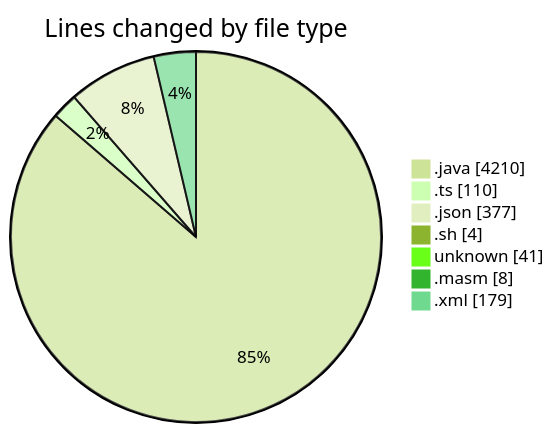
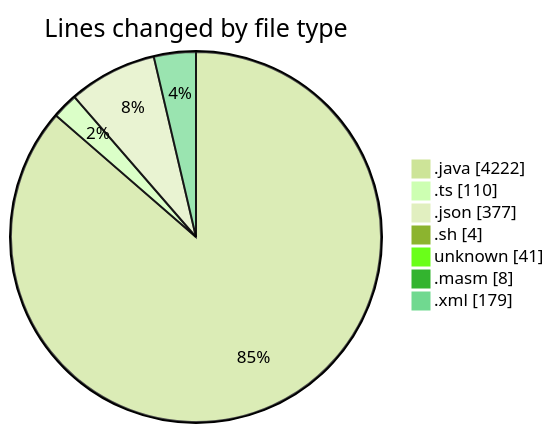
The first of 2 diagrams in 2025-02-20/micros/README.md (charlie-sans/code-tracking), drawn with Mermaid (forest theme) before and after one commit. The commit also changed other lines of this file and 1 other file, not shown here.

````diff
--- a/2025-02-20/micros/README.md
+++ b/2025-02-20/micros/README.md
@@ -40,11 +40,11 @@
 ```mermaid
 pie showData
 title Lines changed by file type
-".java" : 4210
+".java" : 4222
 ".ts" : 110
 ".json" : 377
 ".sh" : 4
 "unknown" : 41
 ".masm" : 8
 ".xml" : 179
 ```
````
